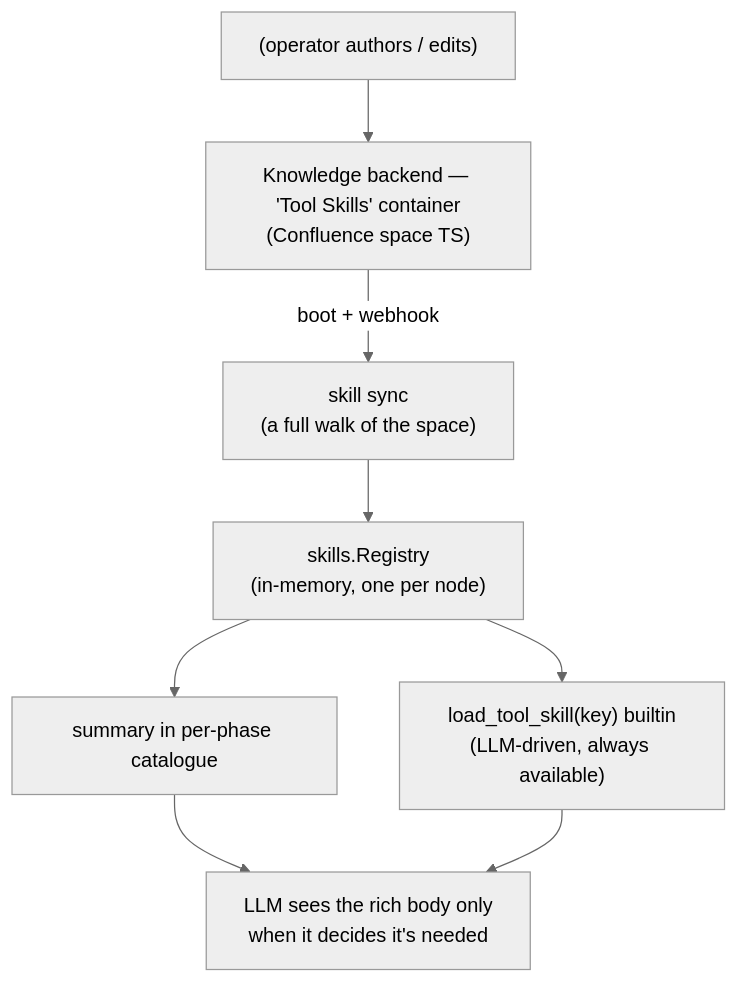
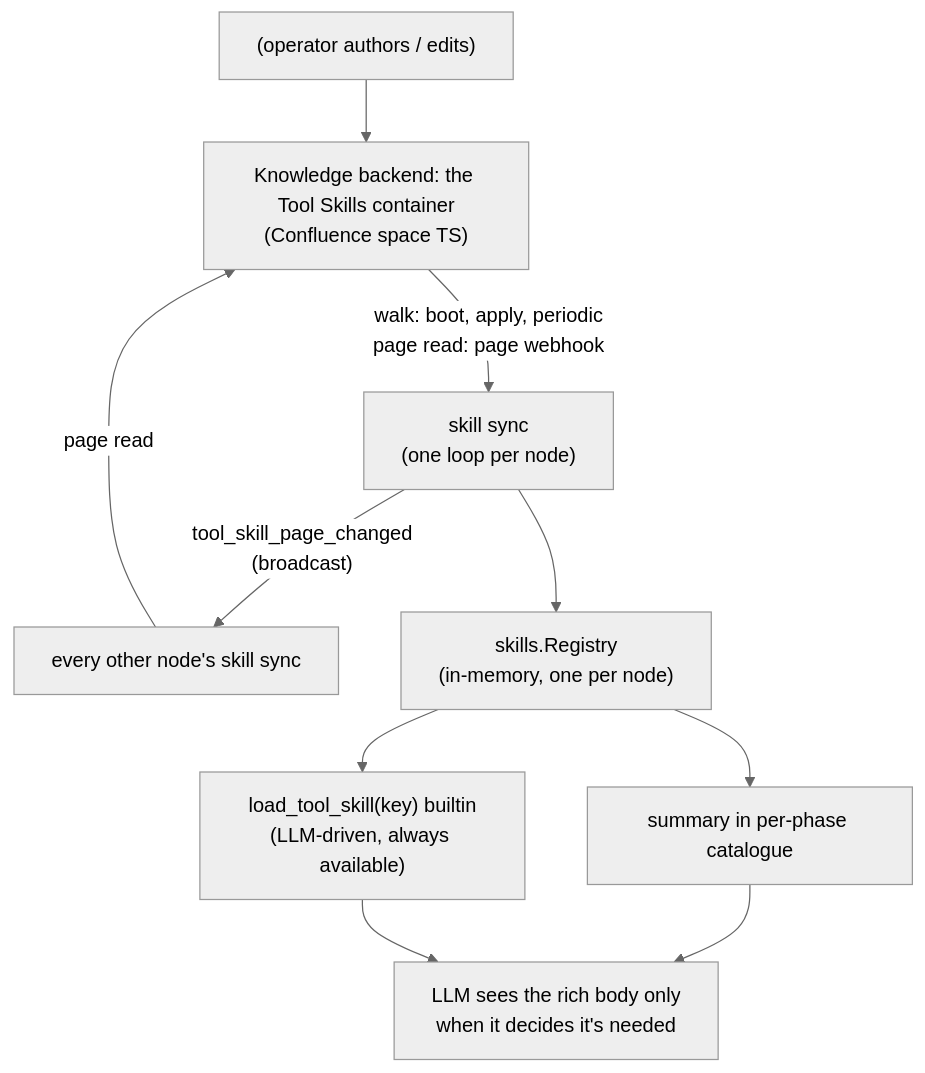
The diagram in docs/concepts/tool-skills.md (crewlet/crewlet), drawn with Mermaid (neutral theme) before and after one commit. The commit also changed other lines of this file and 30 other files, not shown here.

First line of the commit message:
fix(skills): converge every node's tool-skill registry

````diff
--- a/docs/concepts/tool-skills.md
+++ b/docs/concepts/tool-skills.md
@@ -26,15 +26,18 @@
 ```mermaid
 flowchart TD
     OP["(operator authors / edits)"]
-    KB["Knowledge backend — 'Tool Skills' container<br/>(Confluence space TS)"]
-    SYNC["skill sync<br/>(a full walk of the space)"]
+    KB["Knowledge backend: the Tool Skills container<br/>(Confluence space TS)"]
+    SYNC["skill sync<br/>(one loop per node)"]
+    PEER["every other node's skill sync"]
     REG["skills.Registry<br/>(in-memory, one per node)"]
     CAT["summary in per-phase catalogue"]
     LOAD["load_tool_skill(key) builtin<br/>(LLM-driven, always available)"]
     BODY["LLM sees the rich body only<br/>when it decides it's needed"]
     OP --> KB
-    KB -->|"boot + webhook"| SYNC
+    KB -->|"walk: boot, apply, periodic<br/>page read: page webhook"| SYNC
+    SYNC -->|"tool_skill_page_changed<br/>(broadcast)"| PEER
+    PEER -->|"page read"| KB
     SYNC --> REG
     REG --> CAT --> BODY
     REG --> LOAD --> BODY
 ```
````
